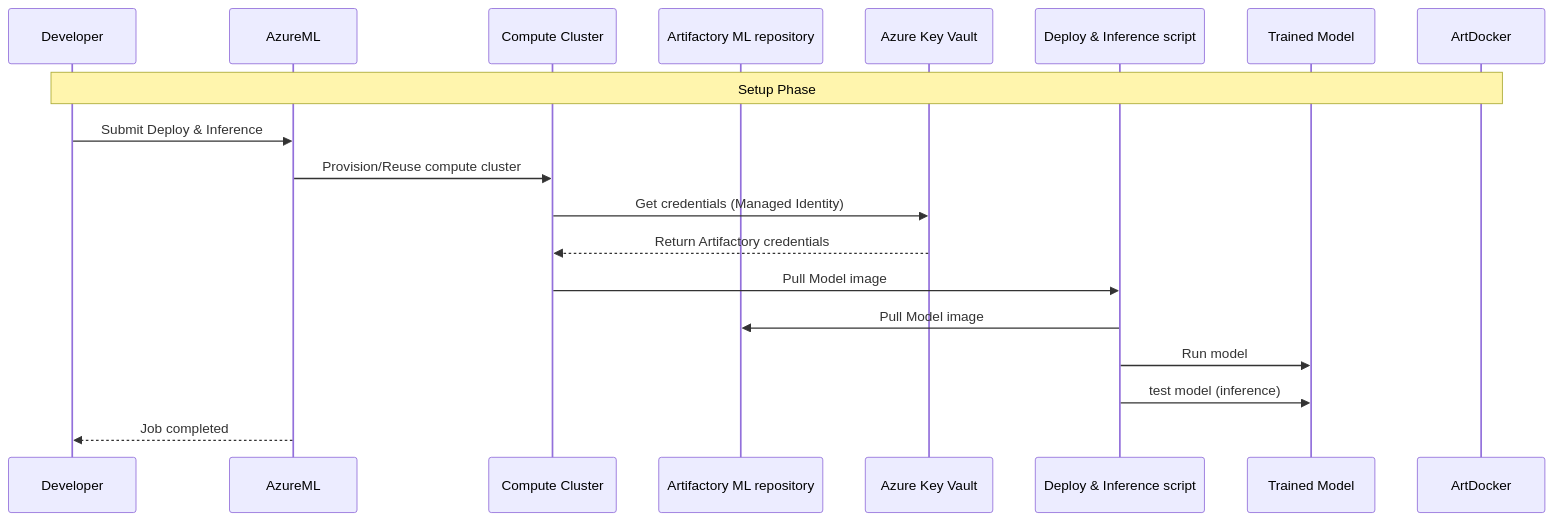
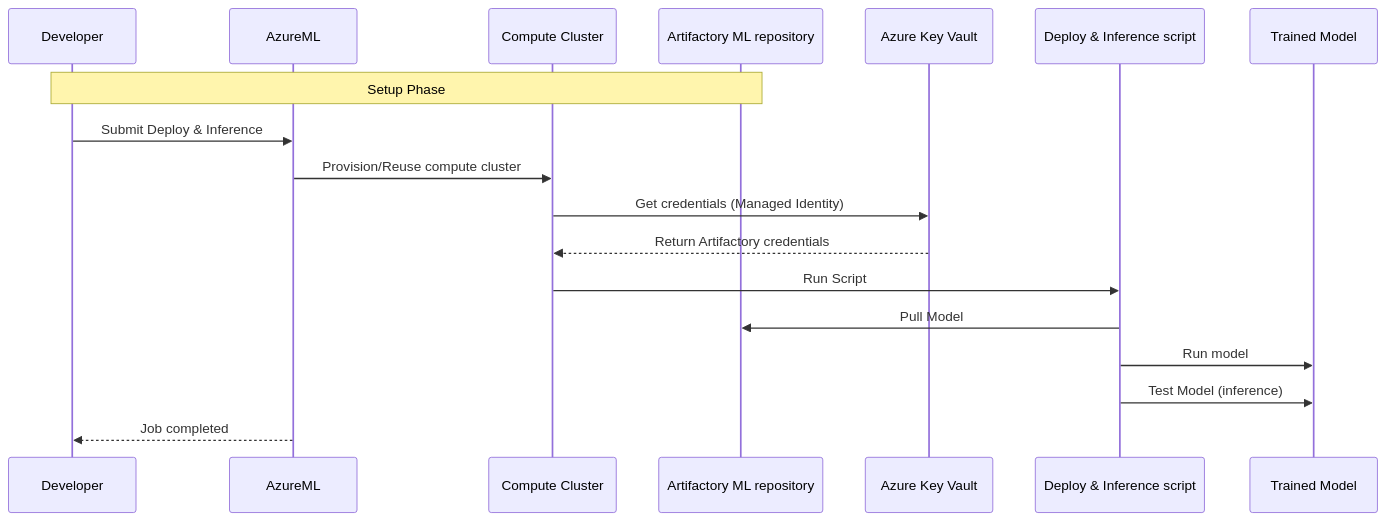
One commit to jfrog/JFrog-AzureML-integration changed the fourth of 4 diagrams in README.md. Above: the diagram before and after it, drawn with Mermaid.

````diff
--- a/README.md
+++ b/README.md
@@ -238,21 +238,21 @@
 ```mermaid
 sequenceDiagram
     participant Dev as Developer
     participant AML as AzureML
     participant Compute as Compute Cluster
     participant ArtML as Artifactory ML repository    
     participant KV as Azure Key Vault
     participant  deploy_and_inference as Deploy & Inference script
     participant Model as Trained Model
 
-    Note over Dev,ArtDocker: Setup Phase
+    Note over Dev,ArtML: Setup Phase
     Dev->>AML: Submit Deploy & Inference
     AML->>Compute: Provision/Reuse compute cluster
     Compute->>KV: Get credentials (Managed Identity)
     KV-->>Compute: Return Artifactory credentials
-    Compute->>deploy_and_inference: Pull Model image
-    deploy_and_inference->>ArtML: Pull Model image
+    Compute->>deploy_and_inference: Run Script
+    deploy_and_inference->>ArtML: Pull Model
     deploy_and_inference->>Model: Run model   
-    deploy_and_inference->>Model: test model (inference)   
+    deploy_and_inference->>Model: Test Model (inference)   
     AML-->>Dev: Job completed
 ```
````
